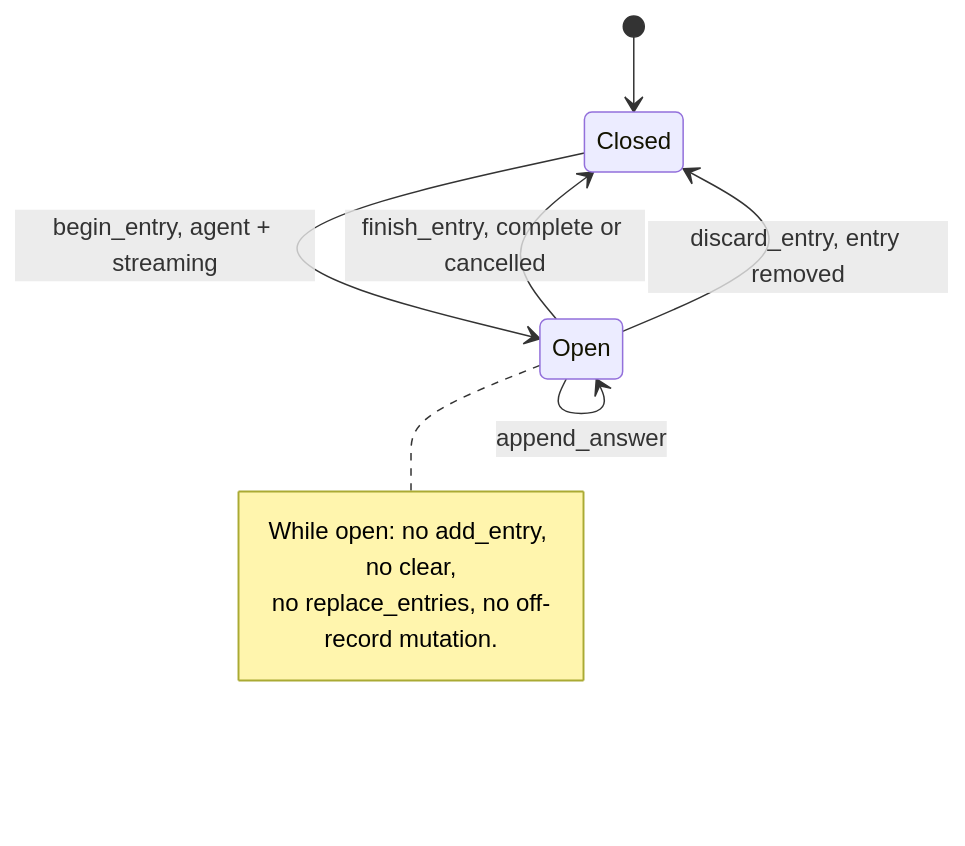
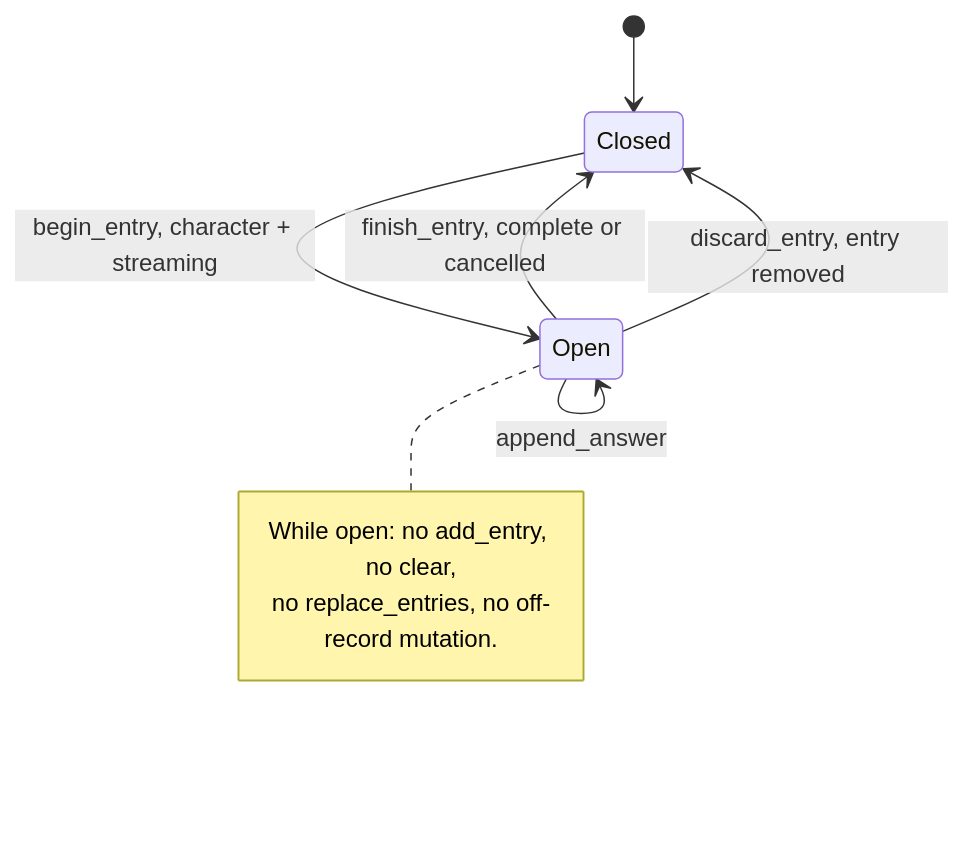
One commit to michaelpopov/cha changed the second of 3 diagrams in src/transcript/README.md. Above: the diagram before and after it, drawn with Mermaid. The commit also changed other lines of this file and 92 other files, not shown here.

````diff
--- a/src/transcript/README.md
+++ b/src/transcript/README.md
@@ -135,12 +135,12 @@
 ```mermaid
 stateDiagram-v2
     [*] --> Closed
-    Closed --> Open: begin_entry, agent + streaming
+    Closed --> Open: begin_entry, character + streaming
     Open --> Open: append_answer
     Open --> Closed: finish_entry, complete or cancelled
     Open --> Closed: discard_entry, entry removed
     note right of Open
         While open: no add_entry, no clear,
         no replace_entries, no off-record mutation.
     end note
 ```
````
